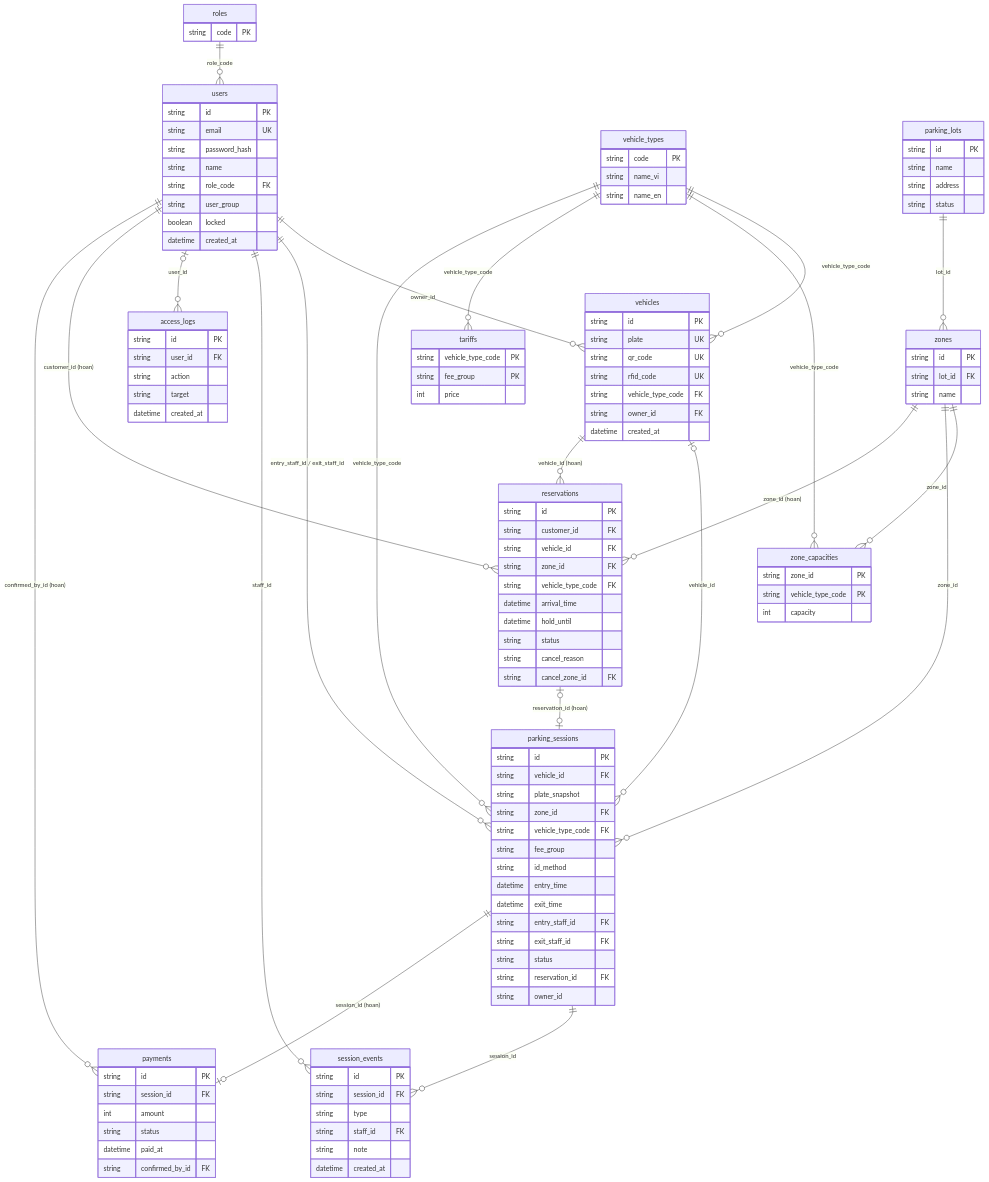
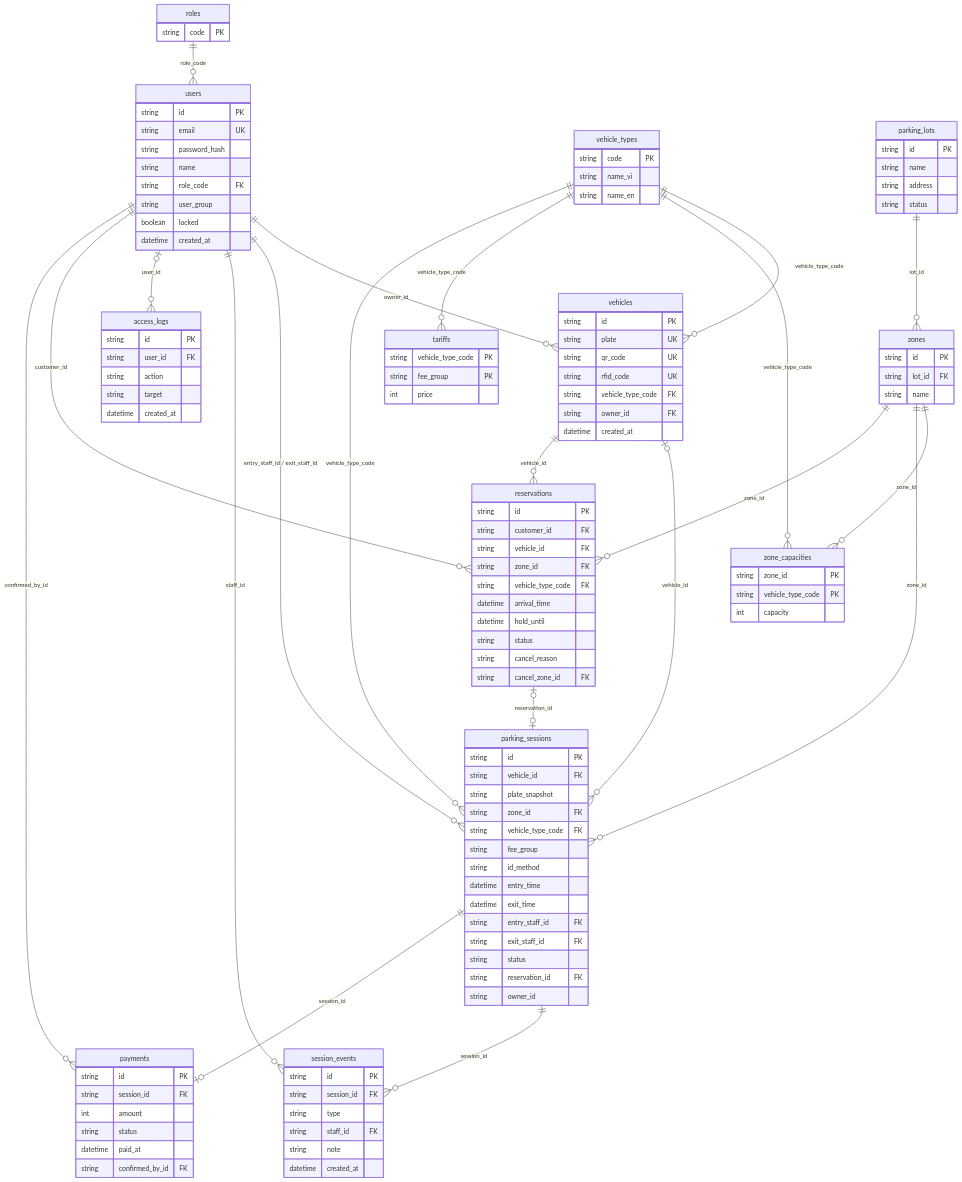
Before and after one commit to nvdson2005/Parking-Management-System: the diagram in docs/m2-report/diagrams/07-erd.mmd, drawn with Mermaid. The commit also changed 49 other files, not shown here.

```diff
--- a/docs/m2-report/diagrams/07-erd.mmd
+++ b/docs/m2-report/diagrams/07-erd.mmd
@@ -1,121 +1,121 @@
 erDiagram
     roles ||--o{ users : "role_code"
     users ||--o{ vehicles : "owner_id"
     vehicle_types ||--o{ vehicles : "vehicle_type_code"
     parking_lots ||--o{ zones : "lot_id"
     zones ||--o{ zone_capacities : "zone_id"
     vehicle_types ||--o{ zone_capacities : "vehicle_type_code"
     vehicle_types ||--o{ tariffs : "vehicle_type_code"
     vehicles |o--o{ parking_sessions : "vehicle_id"
     zones ||--o{ parking_sessions : "zone_id"
     vehicle_types ||--o{ parking_sessions : "vehicle_type_code"
     users ||--o{ parking_sessions : "entry_staff_id / exit_staff_id"
     parking_sessions ||--o{ session_events : "session_id"
     users ||--o{ session_events : "staff_id"
     users |o--o{ access_logs : "user_id"
-    users ||--o{ reservations : "customer_id (hoan)"
-    vehicles ||--o{ reservations : "vehicle_id (hoan)"
-    zones ||--o{ reservations : "zone_id (hoan)"
-    reservations |o--o| parking_sessions : "reservation_id (hoan)"
-    parking_sessions ||--o| payments : "session_id (hoan)"
-    users ||--o{ payments : "confirmed_by_id (hoan)"
+    users ||--o{ reservations : "customer_id"
+    vehicles ||--o{ reservations : "vehicle_id"
+    zones ||--o{ reservations : "zone_id"
+    reservations |o--o| parking_sessions : "reservation_id"
+    parking_sessions ||--o| payments : "session_id"
+    users ||--o{ payments : "confirmed_by_id"
 
     roles {
         string code PK
     }
     users {
         string id PK
         string email UK
         string password_hash
         string name
         string role_code FK
         string user_group
         boolean locked
         datetime created_at
     }
     vehicle_types {
         string code PK
         string name_vi
         string name_en
     }
     parking_lots {
         string id PK
         string name
         string address
         string status
     }
     zones {
         string id PK
         string lot_id FK
         string name
     }
     zone_capacities {
         string zone_id PK
         string vehicle_type_code PK
         int capacity
     }
     tariffs {
         string vehicle_type_code PK
         string fee_group PK
         int price
     }
     vehicles {
         string id PK
         string plate UK
         string qr_code UK
         string rfid_code UK
         string vehicle_type_code FK
         string owner_id FK
         datetime created_at
     }
     parking_sessions {
         string id PK
         string vehicle_id FK
         string plate_snapshot
         string zone_id FK
         string vehicle_type_code FK
         string fee_group
         string id_method
         datetime entry_time
         datetime exit_time
         string entry_staff_id FK
         string exit_staff_id FK
         string status
         string reservation_id FK
         string owner_id
     }
     session_events {
         string id PK
         string session_id FK
         string type
         string staff_id FK
         string note
         datetime created_at
     }
     access_logs {
         string id PK
         string user_id FK
         string action
         string target
         datetime created_at
     }
     reservations {
         string id PK
         string customer_id FK
         string vehicle_id FK
         string zone_id FK
         string vehicle_type_code FK
         datetime arrival_time
         datetime hold_until
         string status
         string cancel_reason
         string cancel_zone_id FK
     }
     payments {
         string id PK
         string session_id FK
         int amount
         string status
         datetime paid_at
         string confirmed_by_id FK
     }
```
